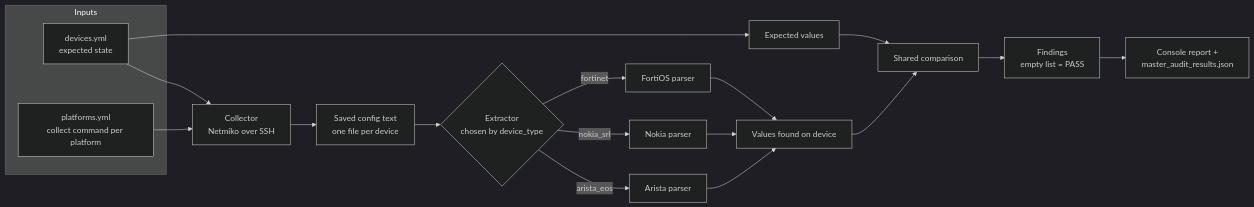
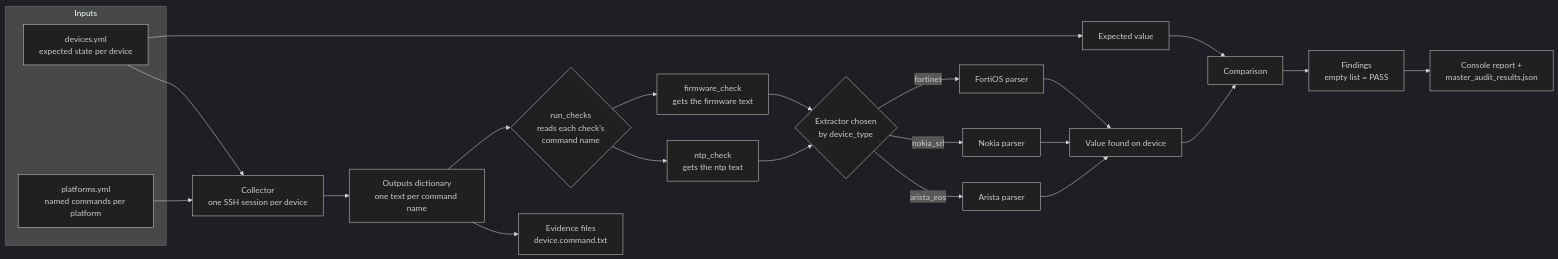
One commit to princesoin/python-network-compliance-audit-engine changed the first of 2 diagrams in README.md. Above: the diagram before and after it, drawn with Mermaid (dark theme). The commit also changed other lines of this file, not shown here.

````diff
--- a/README.md
+++ b/README.md
@@ -64,22 +81,27 @@
 ```mermaid
 flowchart LR
     subgraph Inputs
-        A[devices.yml<br/>expected state]
-        P[platforms.yml<br/>collect command per platform]
+        A[devices.yml<br/>expected state per device]
+        P[platforms.yml<br/>named commands per platform]
     end
-    A --> B[Collector<br/>Netmiko over SSH]
+    A --> B[Collector<br/>one SSH session per device]
     P --> B
-    B --> C[Saved config text<br/>one file per device]
-    C --> D{Extractor<br/>chosen by device_type}
+    B --> C[Outputs dictionary<br/>one text per command name]
+    C --> E[Evidence files<br/>device.command.txt]
+    C --> R{run_checks<br/>reads each check's<br/>command name}
+    R --> K1[ntp_check<br/>gets the ntp text]
+    R --> K2[firmware_check<br/>gets the firmware text]
+    K1 --> D{Extractor chosen<br/>by device_type}
+    K2 --> D
     D -->|arista_eos| D1[Arista parser]
     D -->|nokia_srl| D2[Nokia parser]
     D -->|fortinet| D3[FortiOS parser]
-    D1 --> E[Values found on device]
-    D2 --> E
-    D3 --> E
-    A --> F[Expected values]
-    E --> G[Shared comparison]
-    F --> G
-    G --> H[Findings<br/>empty list = PASS]
-    H --> I[Console report +<br/>master_audit_results.json]
+    D1 --> F[Value found on device]
+    D2 --> F
+    D3 --> F
+    A --> G[Expected value]
+    F --> H[Comparison]
+    G --> H
+    H --> I[Findings<br/>empty list = PASS]
+    I --> J[Console report +<br/>master_audit_results.json]
 ```
````
